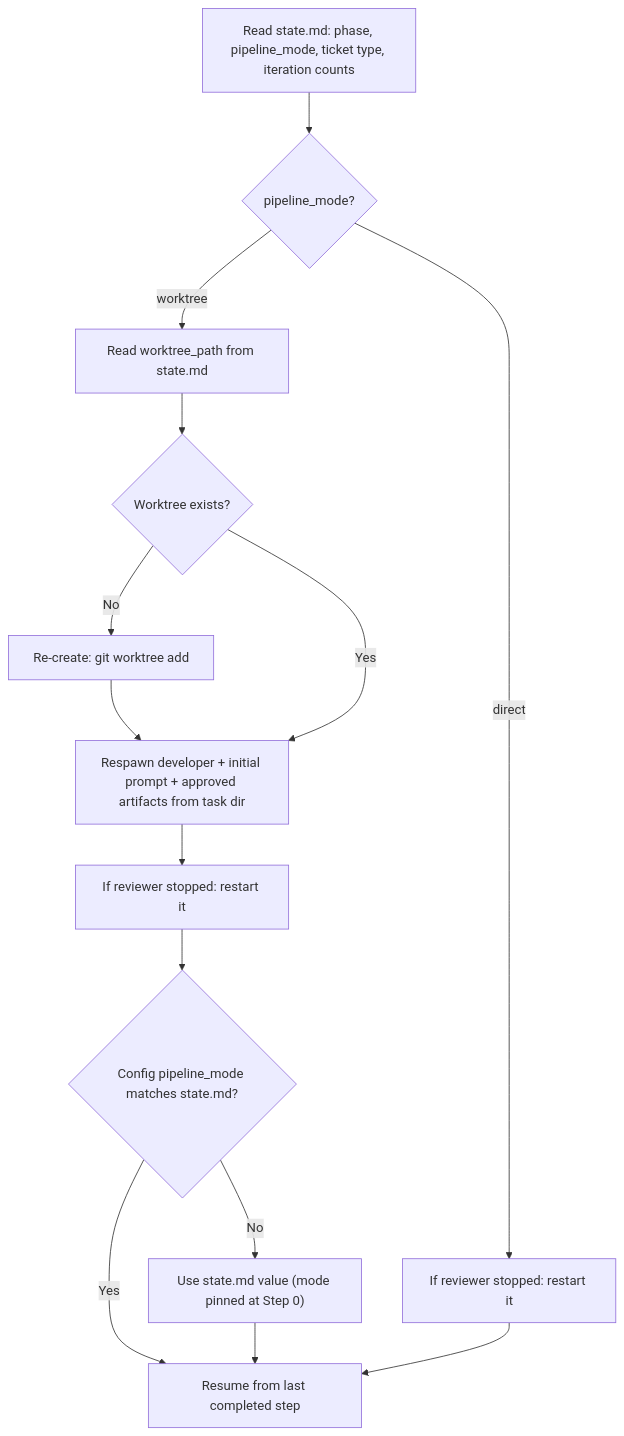
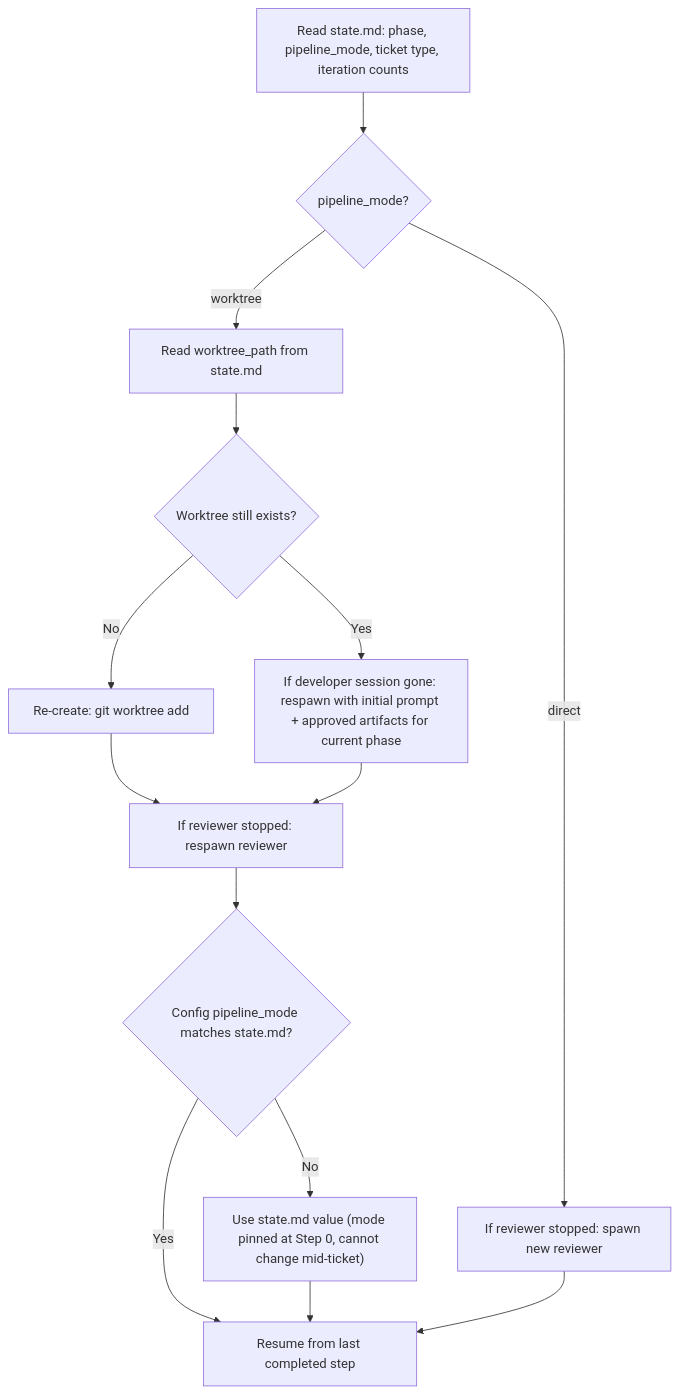
Before and after one commit to Nayeem170/KoThok: the ninth of 9 diagrams in docs/AGENTIC_PIPELINE.md, drawn with Mermaid. The commit also changed other lines of this file, not shown here.

````diff
--- a/docs/AGENTIC_PIPELINE.md
+++ b/docs/AGENTIC_PIPELINE.md
@@ -450,18 +555,18 @@
 ```mermaid
 flowchart TD
     A["Read state.md: phase, pipeline_mode, ticket type, iteration counts"]
     A --> B{pipeline_mode?}
-    B -- direct --> D["If reviewer stopped: restart it"]
+    B -- direct --> D["If reviewer stopped: spawn new reviewer"]
     B -- worktree --> C
     C["Read worktree_path from state.md"]
-    C --> W{"Worktree exists?"}
-    W -- No --> W2["Re-create: git worktree add <path> <branch>"]
-    W2 --> W3["Respawn developer + initial prompt + approved artifacts from task dir"]
-    W -- Yes --> W3
-    W3 --> R["If reviewer stopped: restart it"]
+    C --> W{"Worktree still exists?"}
+    W -- No --> W2["Re-create: git worktree add <path> <branch>, respawn developer with initial prompt + approved artifacts from task dir"]
+    W -- Yes --> W3["If developer session gone: respawn with initial prompt + approved artifacts for current phase"]
+    W2 --> R["If reviewer stopped: respawn reviewer"]
+    W3 --> R
     R --> P{"Config pipeline_mode matches state.md?"}
-    P -- No --> P2["Use state.md value (mode pinned at Step 0)"]
+    P -- No --> P2["Use state.md value (mode pinned at Step 0, cannot change mid-ticket)"]
     P -- Yes --> DONE["Resume from last completed step"]
     P2 --> DONE
     D --> DONE
 ```
````
